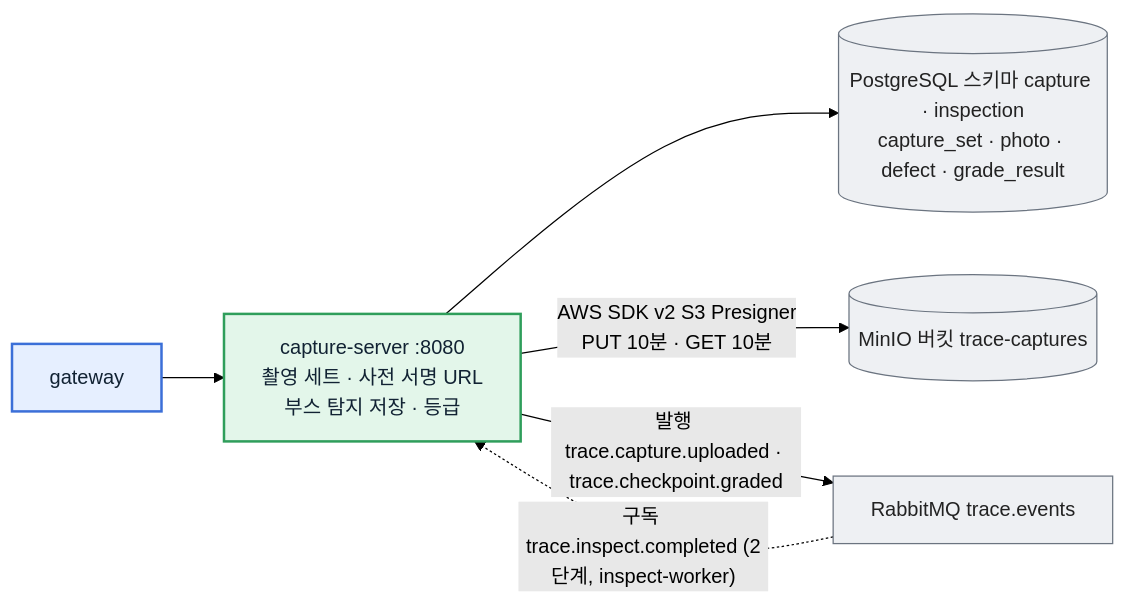
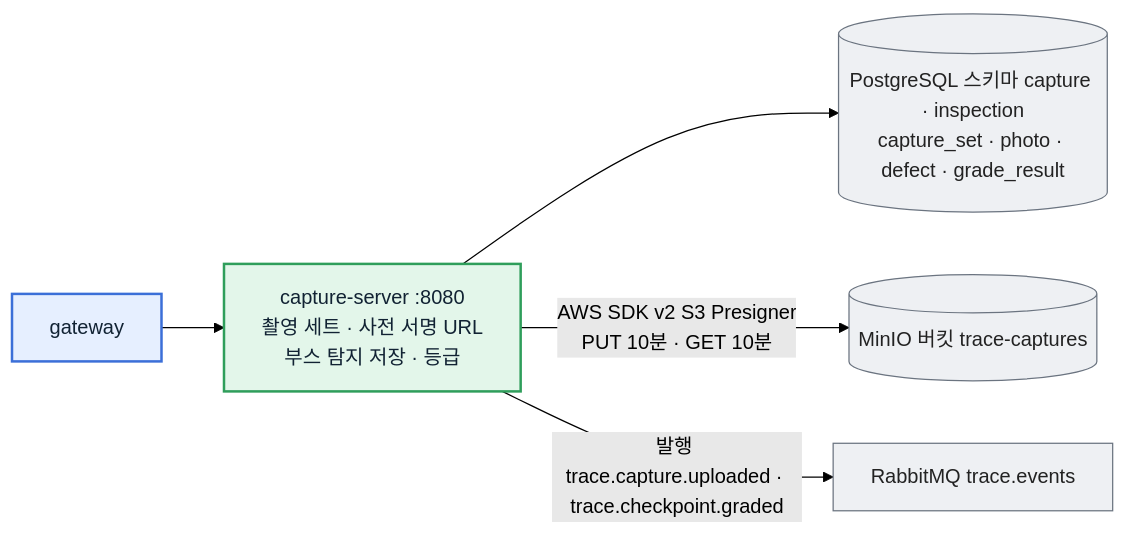
The fifth of 7 diagrams in mvp/02-services.md (GAKDO/docs), drawn with Mermaid (forest theme) before and after one commit. The commit also changed other lines of this file and 35 other files, not shown here.

````diff
--- a/mvp/02-services.md
+++ b/mvp/02-services.md
@@ -113,11 +104,10 @@
 ```mermaid
 flowchart LR
   classDef booth fill:#e3f6ea,stroke:#2f9e5b,stroke-width:2px,color:#123
   classDef nophoto fill:#e6efff,stroke:#3b6fd8,stroke-width:2px,color:#123
   classDef infra fill:#eef0f3,stroke:#6b7480,color:#222
   gw["gateway"]:::nophoto --> c["capture-server :8080<br/>촬영 세트 · 사전 서명 URL<br/>부스 탐지 저장 · 등급"]:::booth
   c --> pg[("PostgreSQL 스키마 capture · inspection<br/>capture_set · photo · defect · grade_result")]:::infra
   c -->|"AWS SDK v2 S3 Presigner<br/>PUT 10분 · GET 10분"| s3[("MinIO 버킷 trace-captures")]:::infra
   c -->|"발행 trace.capture.uploaded · trace.checkpoint.graded"| mq["RabbitMQ trace.events"]:::infra
-  mq -.->|"구독 trace.inspect.completed (2단계, inspect-worker)"| c
 ```
````
